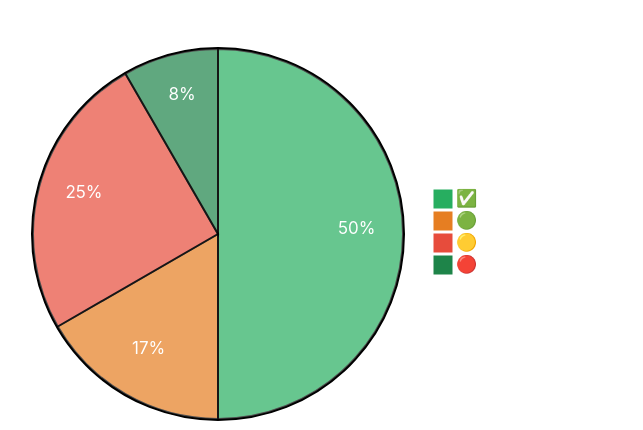
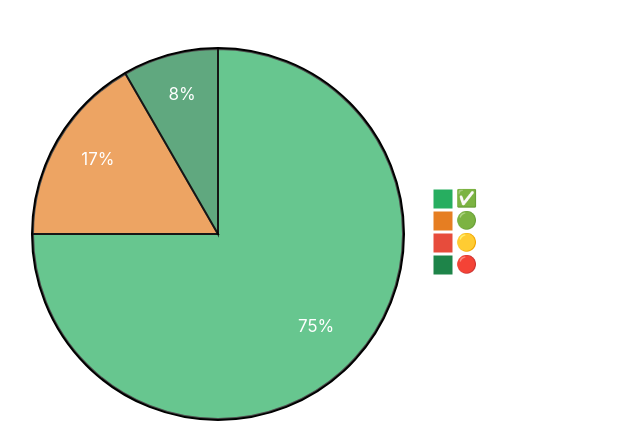
Before and after one commit to Hack23/blacktrigram: the first of 5 diagrams in game-status.md, drawn with Mermaid. The commit also changed other lines of this file, not shown here.

Commit message:
Update game-status.md with v0.6.28-v0.6.29 achievements: 11/12 combat systems complete (92%), mobile 55fps+, 51 techniques

````diff
--- a/game-status.md
+++ b/game-status.md
@@ -30,8 +30,8 @@
 ```mermaid
 %%{init: {'theme':'base', 'themeVariables': { 'primaryColor':'#27ae60', 'primaryTextColor':'#fff', 'primaryBorderColor':'#229954', 'lineColor':'#3498db', 'secondaryColor':'#e67e22', 'tertiaryColor':'#e74c3c'}}}%%
 pie title Combat Realism Systems (12 Total)
-    "✅ Complete (6)" : 6
+    "✅ Complete (9)" : 9
     "🟢 Near-Complete (2)" : 2
-    "🟡 In Progress (3)" : 3
+    "🟡 In Progress (0)" : 0
     "🔴 Not Started (1)" : 1
 ```
````
